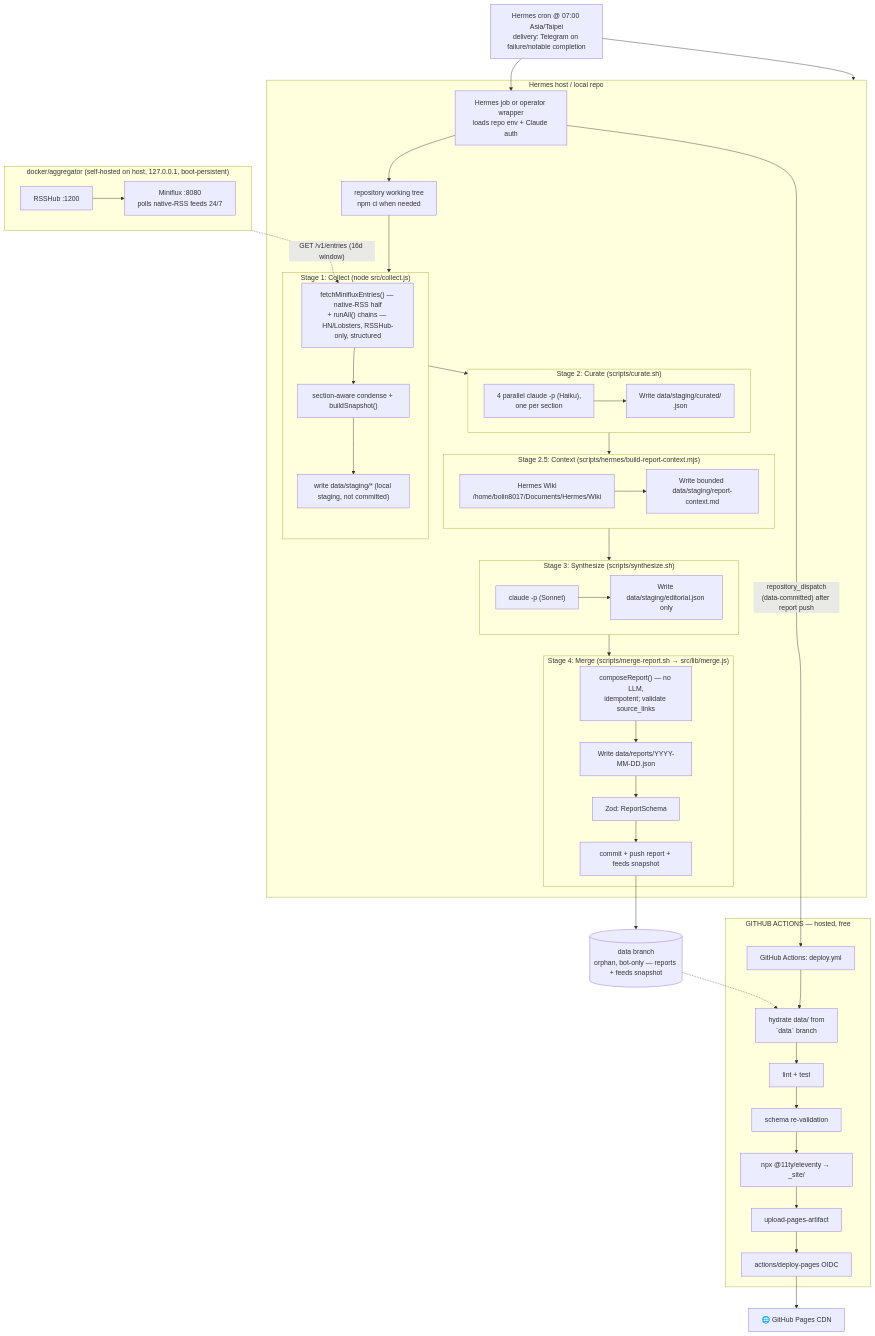
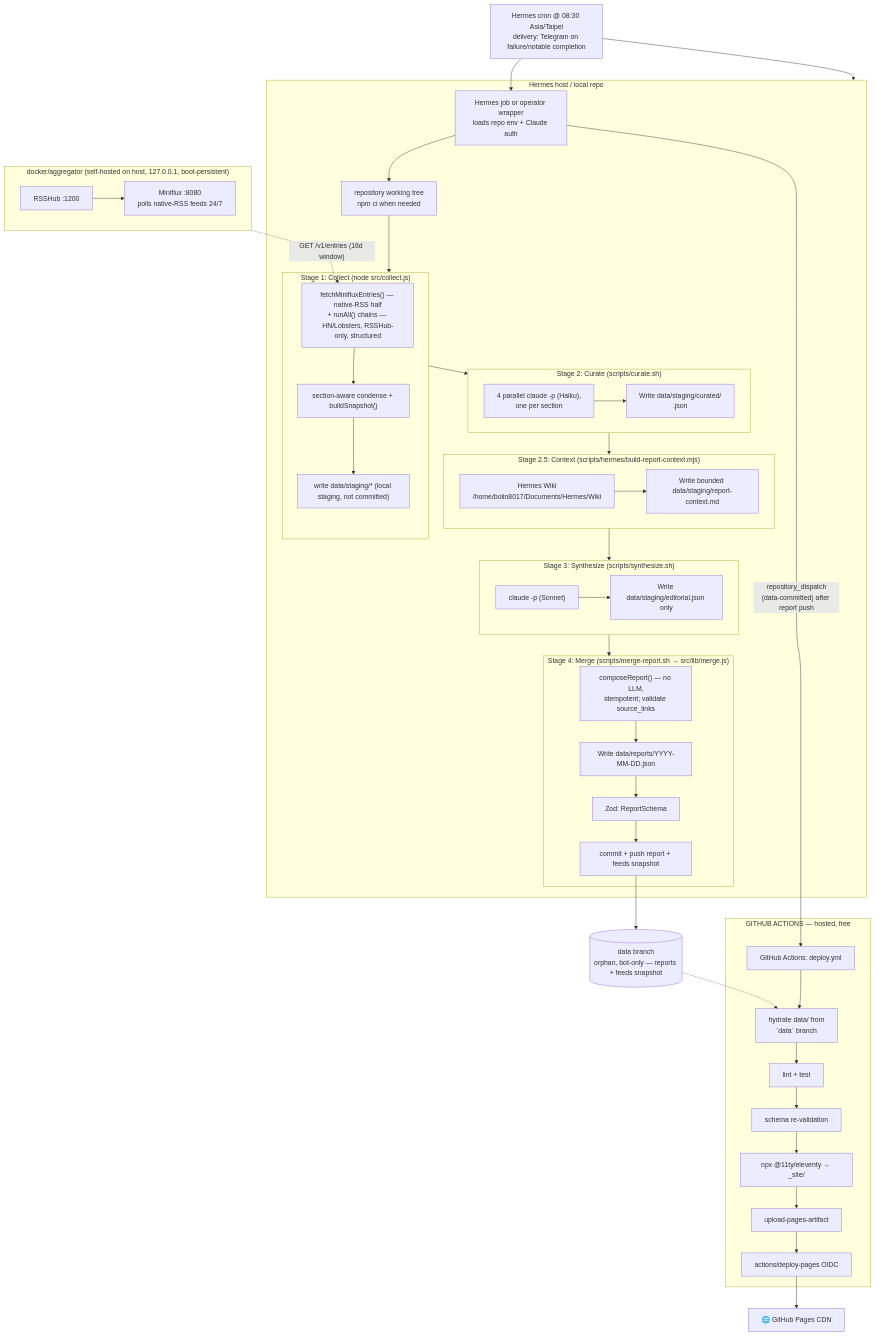
Before and after one commit to bolin8017/ai-daily-report: the first of 4 diagrams in docs/architecture.md, drawn with Mermaid. The commit also changed other lines of this file and 2 other files, not shown here.

First line of the commit message:
docs: correct cron schedule; add re-provision fetch step (#147)

````diff
--- a/docs/architecture.md
+++ b/docs/architecture.md
@@ -19,66 +19,66 @@
 ```mermaid
 flowchart TD
-  Timer["Hermes cron @ 07:00 Asia/Taipei<br/>delivery: Telegram on failure/notable completion"] --> Host
+  Timer["Hermes cron @ 08:30 Asia/Taipei<br/>delivery: Telegram on failure/notable completion"] --> Host
 
   subgraph Host["Hermes host / local repo"]
     CronRun["Hermes job or operator wrapper<br/>loads repo env + Claude auth"]
     CronRun --> Entry["repository working tree<br/>npm ci when needed"]
 
       subgraph Stage1["Stage 1: Collect (node src/collect.js)"]
         Fetch["fetchMinifluxEntries() — native-RSS half<br/>+ runAll() chains — HN/Lobsters, RSSHub-only, structured"]
         Fetch --> Condense["section-aware condense + buildSnapshot()"]
         Condense --> WriteStaging["write data/staging/* (local staging, not committed)"]
       end
 
       subgraph Stage2["Stage 2: Curate (scripts/curate.sh)"]
         Curate["4 parallel claude -p (Haiku),<br/>one per section"]
         Curate --> WriteCurated["Write data/staging/curated/<section>.json"]
       end
 
       subgraph Stage25["Stage 2.5: Context (scripts/hermes/build-report-context.mjs)"]
         Wiki["Hermes Wiki<br/>/home/bolin8017/Documents/Hermes/Wiki"]
         Wiki --> Context["Write bounded data/staging/report-context.md"]
       end
 
       subgraph Stage3["Stage 3: Synthesize (scripts/synthesize.sh)"]
         Synth["claude -p (Sonnet)"]
         Synth --> WriteEditorial["Write data/staging/editorial.json only"]
       end
 
       subgraph Stage4["Stage 4: Merge (scripts/merge-report.sh → src/lib/merge.js)"]
         Compose["composeReport() — no LLM,<br/>idempotent; validate source_links"]
         Compose --> WriteReport["Write data/reports/YYYY-MM-DD.json"]
         WriteReport --> Validate["Zod: ReportSchema"]
         Validate --> CommitReport["commit + push report + feeds snapshot"]
       end
 
       Entry --> Stage1
       Stage1 --> Stage2
       Stage2 --> Stage25
       Stage25 --> Stage3
       Stage3 --> Stage4
   end
 
   subgraph Agg["docker/aggregator (self-hosted on host, 127.0.0.1, boot-persistent)"]
     direction LR
     RSSHubBox["RSSHub :1200"] --> MinifluxBox["Miniflux :8080<br/>polls native-RSS feeds 24/7"]
   end
   MinifluxBox -.->|"GET /v1/entries (16d window)"| Fetch
 
   Timer --> CronRun
   CommitReport --> DataBranch[(data branch<br/>orphan, bot-only — reports + feeds snapshot)]
 
   CronRun -->|"repository_dispatch<br/>(data-committed) after report push"| GHA[GitHub Actions: deploy.yml]
 
   subgraph GHACI["GITHUB ACTIONS — hosted, free"]
     GHA --> Hydrate[hydrate data/ from<br/>`data` branch]
     Hydrate --> Lint[lint + test]
     Lint --> RevValidate[schema re-validation]
     RevValidate --> Build[npx @11ty/eleventy → _site/]
     Build --> Upload[upload-pages-artifact]
     Upload --> Deploy[actions/deploy-pages OIDC]
   end
 
   DataBranch -.-> Hydrate
   Deploy --> Pages[🌐 GitHub Pages CDN]
 ```
````
